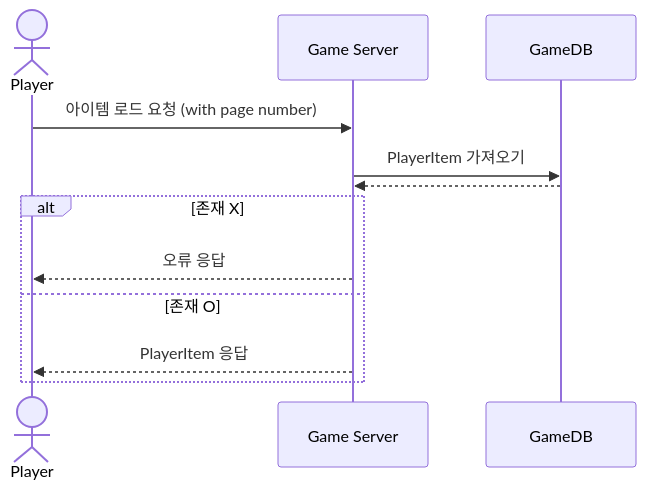
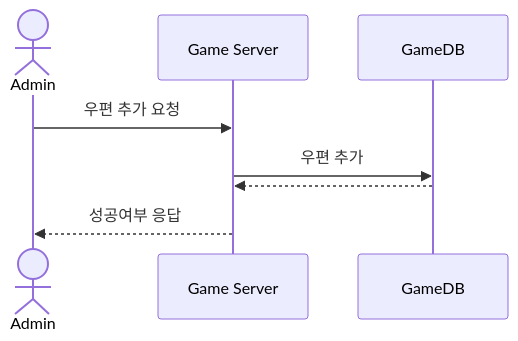
Before and after one commit to yujinS0/Omok-Game: the second of 3 diagrams in SequenceDiagram/MailBox.md, drawn with Mermaid. The commit also changed other lines of this file, not shown here.

````diff
--- a/SequenceDiagram/MailBox.md
+++ b/SequenceDiagram/MailBox.md
@@ -30,15 +30,11 @@
 ```mermaid
 sequenceDiagram
-	actor Player
+	actor Admin
 	participant Game Server
-  participant GameDB
+  	participant GameDB
 
-	Player ->> Game Server : 아이템 로드 요청 (with page number)
-	Game Server ->> GameDB : PlayerItem 가져오기
+	Admin ->> Game Server : 우편 추가 요청
+	Game Server ->> GameDB : 우편 추가
 	GameDB -->> Game Server : 
-	alt 존재 X
-		Game Server -->> Player : 오류 응답
-	else 존재 O
-		Game Server -->> Player : PlayerItem 응답
-	end
+	Game Server -->> Admin : 성공여부 응답
 ```
````
